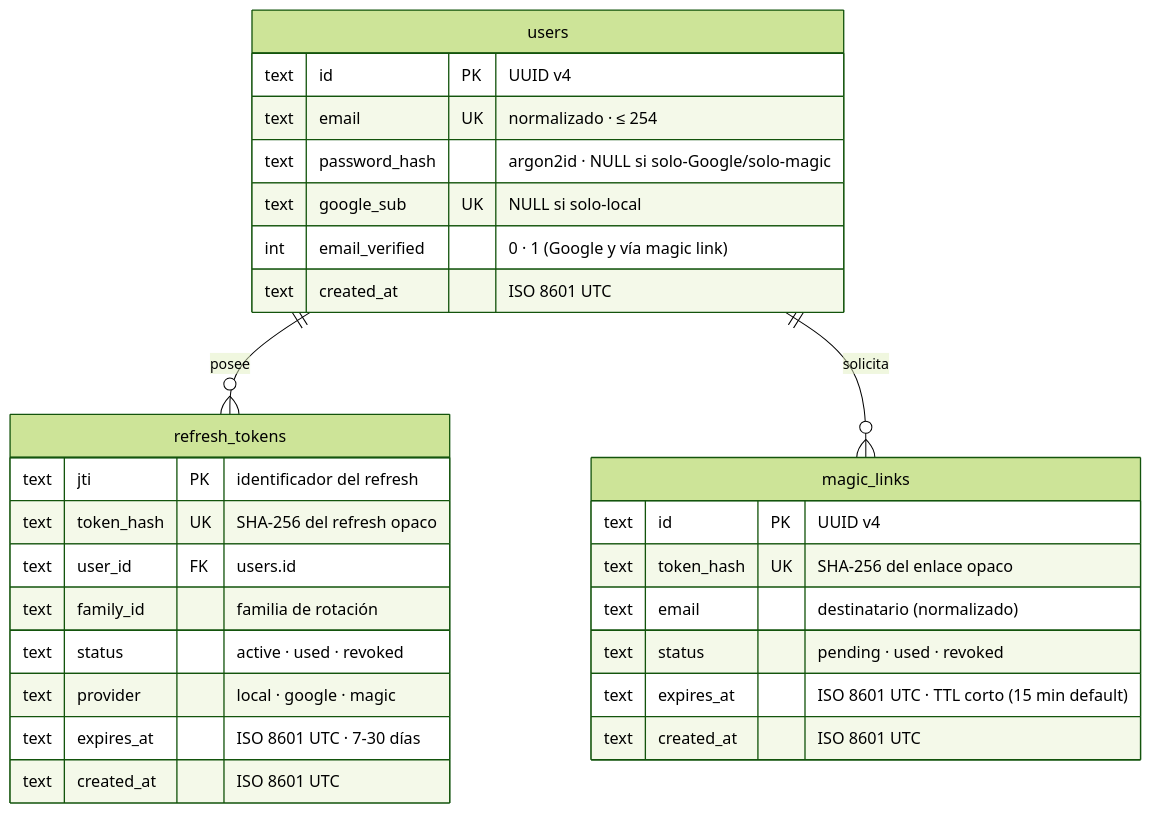
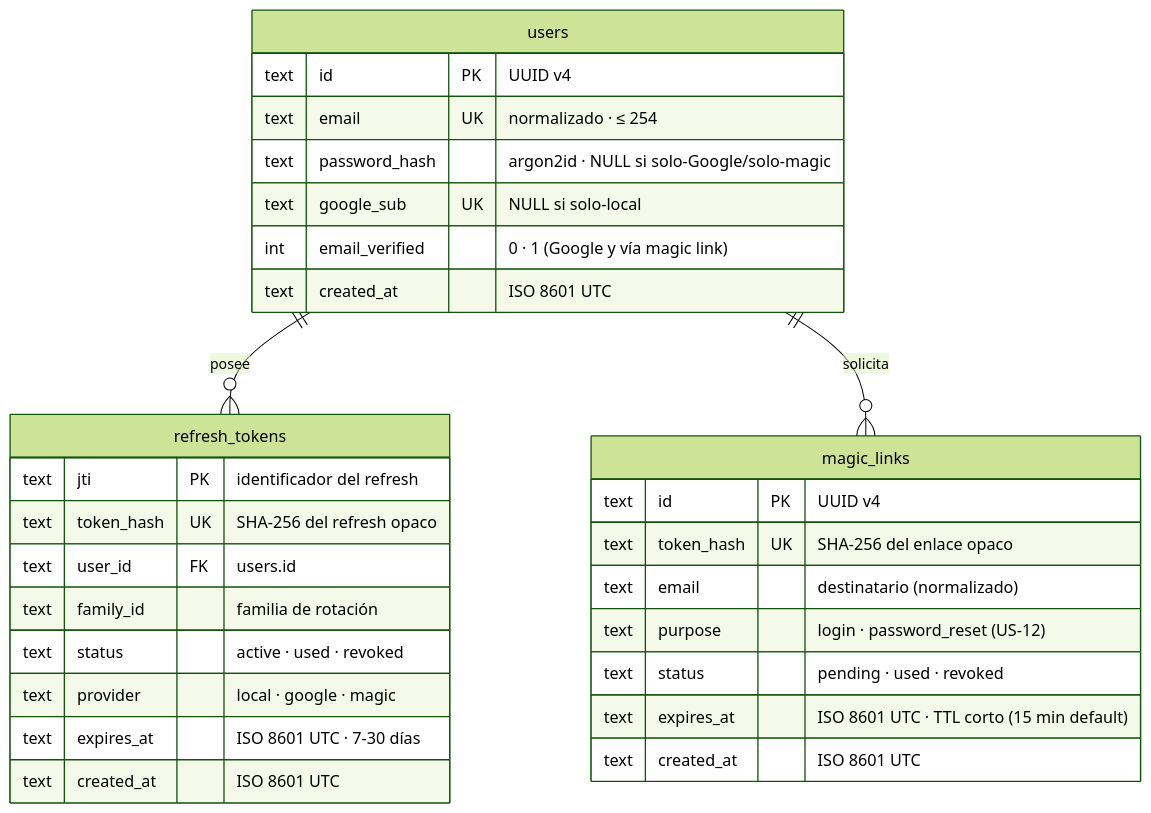
Before and after one commit to dpa70-dev/auth-api: the diagram in docs/04-modelo-de-datos.md, drawn with Mermaid (forest theme). The commit also changed other lines of this file and 37 other files, not shown here.

````diff
--- a/docs/04-modelo-de-datos.md
+++ b/docs/04-modelo-de-datos.md
@@ -11,34 +11,35 @@
 ```mermaid
 erDiagram
     users ||--o{ refresh_tokens : "posee"
     users ||--o{ magic_links : "solicita"
 
     users {
         text id PK "UUID v4"
         text email UK "normalizado · ≤ 254"
         text password_hash "argon2id · NULL si solo-Google/solo-magic"
         text google_sub UK "NULL si solo-local"
         int email_verified "0 · 1 (Google y vía magic link)"
         text created_at "ISO 8601 UTC"
     }
 
     refresh_tokens {
         text jti PK "identificador del refresh"
         text token_hash UK "SHA-256 del refresh opaco"
         text user_id FK "users.id"
         text family_id "familia de rotación"
         text status "active · used · revoked"
         text provider "local · google · magic"
         text expires_at "ISO 8601 UTC · 7-30 días"
         text created_at "ISO 8601 UTC"
     }
 
     magic_links {
         text id PK "UUID v4"
         text token_hash UK "SHA-256 del enlace opaco"
         text email "destinatario (normalizado)"
+        text purpose "login · password_reset (US-12)"
         text status "pending · used · revoked"
         text expires_at "ISO 8601 UTC · TTL corto (15 min default)"
         text created_at "ISO 8601 UTC"
     }
 ```
````
